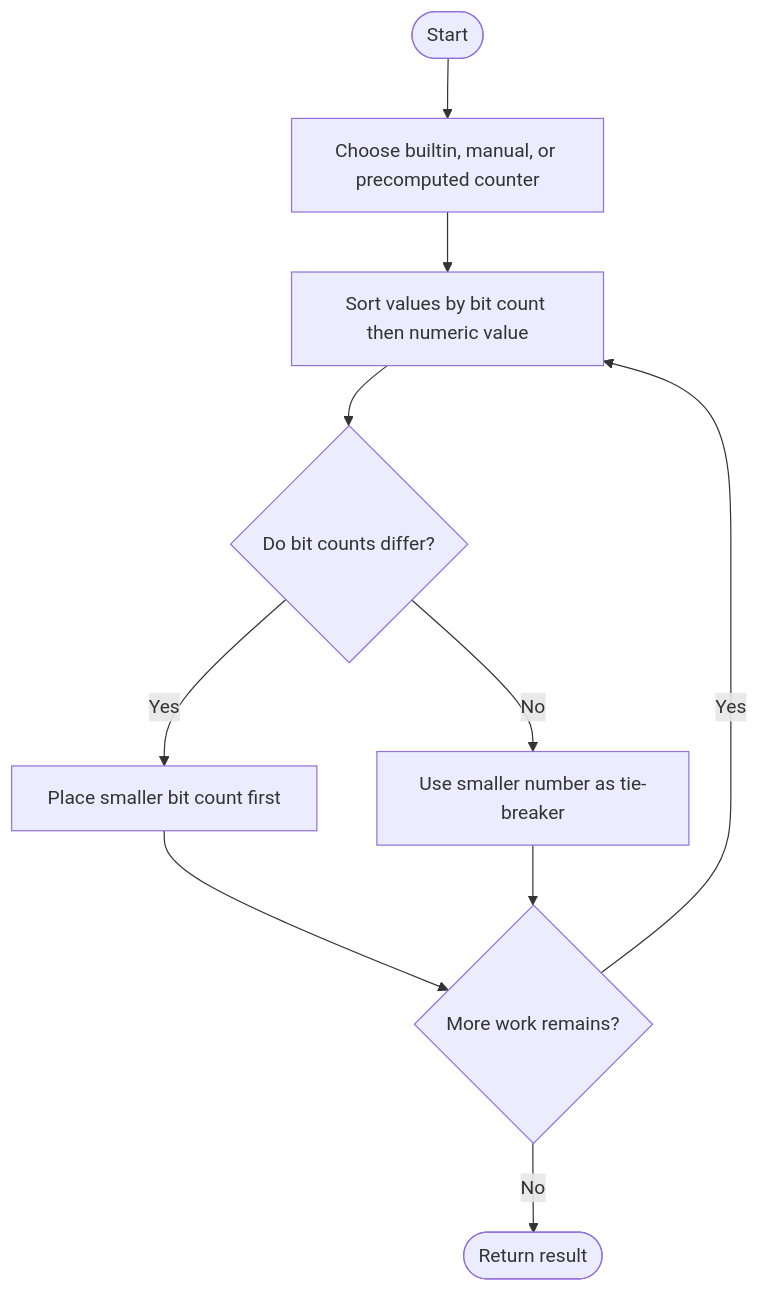
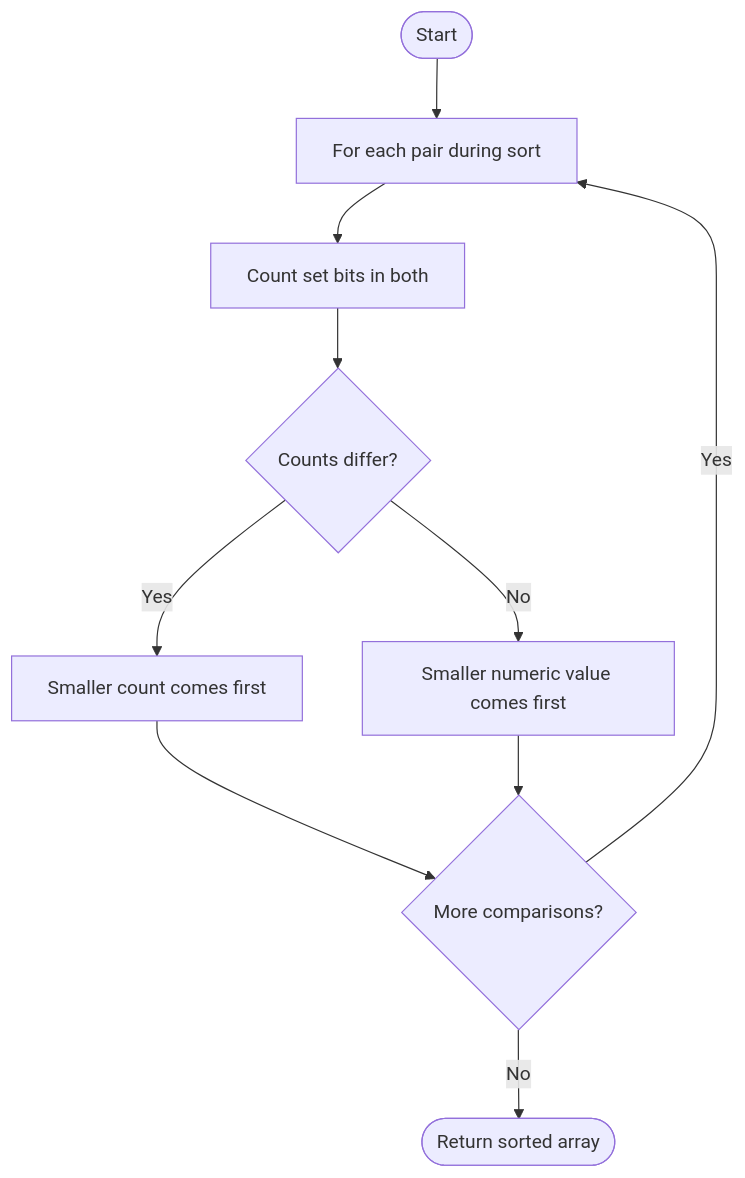
One commit to SAIDEEPBHANGE/C-CPP-Codes changed the diagram in LeetCode/1356/README.md. Above: the diagram before and after it, drawn with Mermaid. The commit also changed other lines of this file and 196 other files, not shown here.

````diff
--- a/LeetCode/1356/README.md
+++ b/LeetCode/1356/README.md
@@ -13,12 +46,12 @@
 ```mermaid
 flowchart TD
- A([Start]) --> B[Choose builtin, manual, or precomputed counter]
- B --> C[Sort values by bit count then numeric value]
- C --> D{Do bit counts differ?}
- D -- Yes --> E[Place smaller bit count first]
- D -- No --> F[Use smaller number as tie-breaker]
- E --> G{More work remains?}
+ A([Start]) --> B[For each pair during sort]
+ B --> C[Count set bits in both]
+ C --> D{Counts differ?}
+ D -- Yes --> E[Smaller count comes first]
+ D -- No --> F[Smaller numeric value comes first]
+ E --> G{More comparisons?}
  F --> G
- G -- Yes --> C
- G -- No --> H([Return result])
+ G -- Yes --> B
+ G -- No --> H([Return sorted array])
 ```
````
